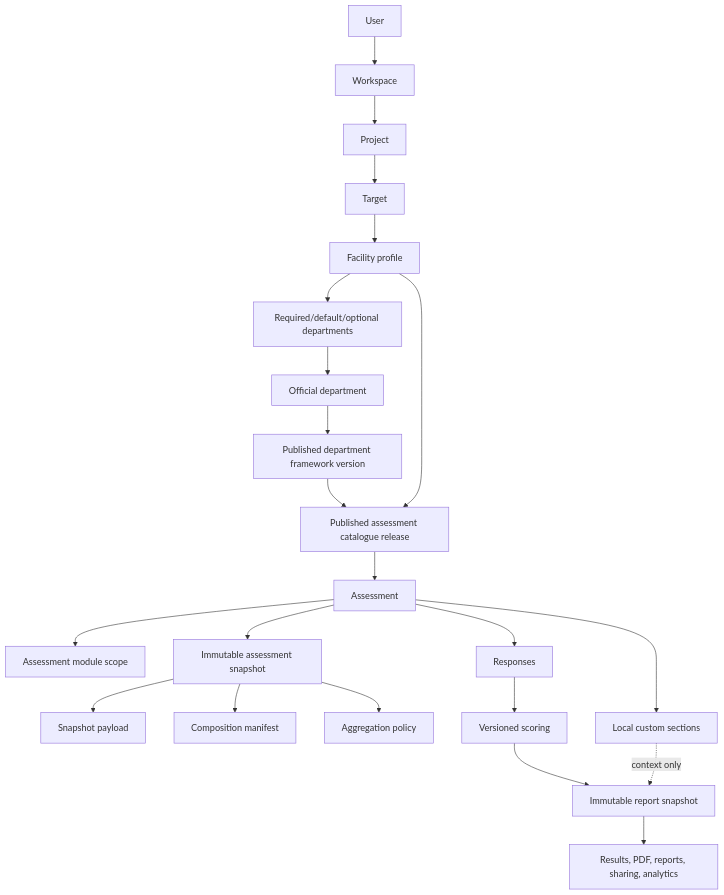
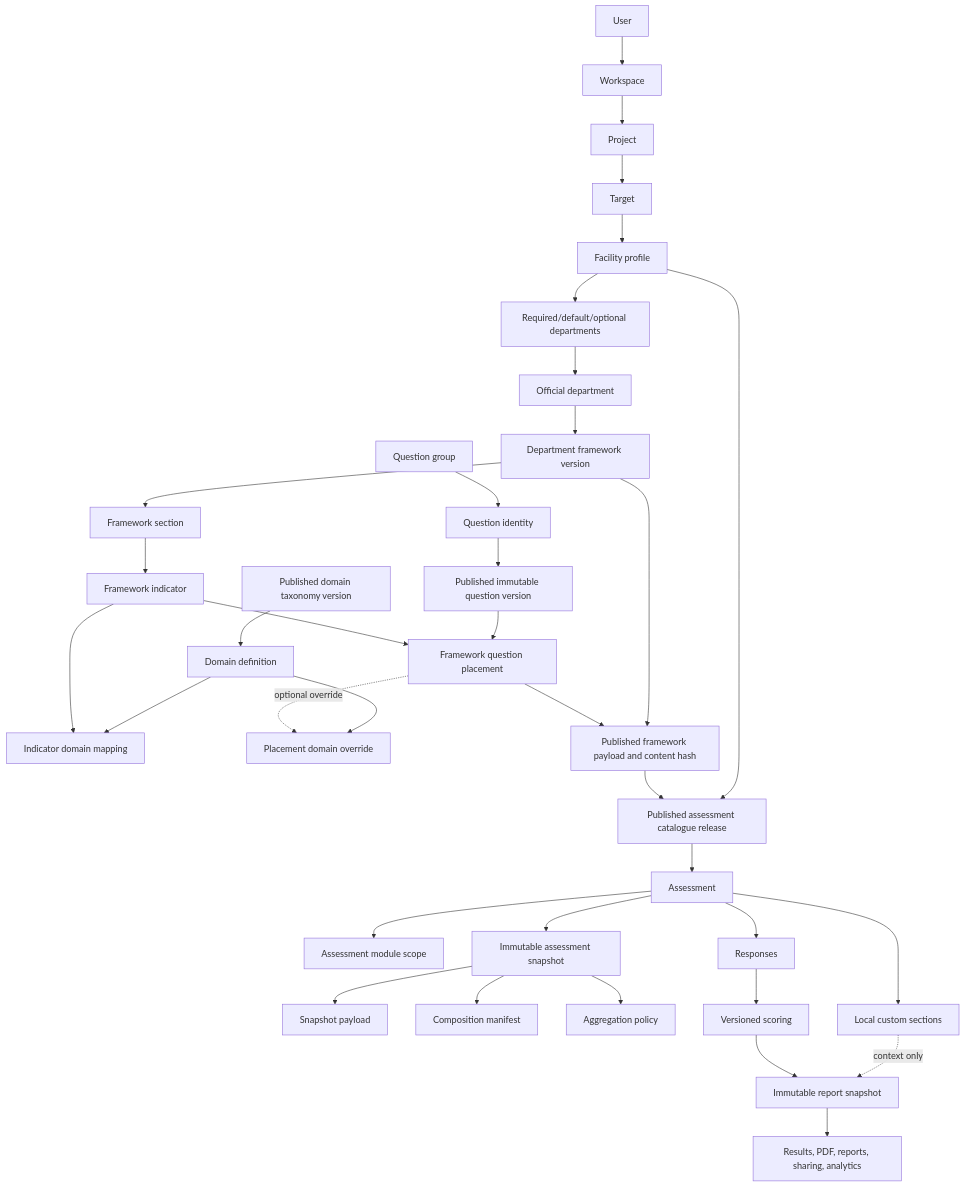
Before and after one commit to IsaacJootar/vytte: the diagram in docs/architecture/CURRENT_ARCHITECTURE.md, drawn with Mermaid. The commit also changed other lines of this file and 1 other file, not shown here.

````diff
--- a/docs/architecture/CURRENT_ARCHITECTURE.md
+++ b/docs/architecture/CURRENT_ARCHITECTURE.md
@@ -40,28 +40,43 @@
 ```mermaid
 flowchart TD
     U[User] --> W[Workspace]
     W --> P[Project]
     P --> T[Target]
     T --> FP[Facility profile]
 
-    AM[Official department] --> DFV[Published department framework version]
+    QG[Question group] --> QI[Question identity]
+    QI --> QV[Published immutable question version]
+    AM[Official department] --> DFV[Department framework version]
+    DFV --> SEC[Framework section]
+    SEC --> IND[Framework indicator]
+    IND --> PL[Framework question placement]
+    QV --> PL
+    IND --> DM[Indicator domain mapping]
+    PL -.optional override.-> DO[Placement domain override]
+    DTV[Published domain taxonomy version] --> DD[Domain definition]
+    DD --> DM
+    DD --> DO
+
+    PL --> PUB[Published framework payload and content hash]
+    DFV --> PUB
+
     FP --> FPD[Required/default/optional departments]
     FPD --> AM
 
-    DFV --> CR[Published assessment catalogue release]
+    PUB --> CR[Published assessment catalogue release]
     FP --> CR
     CR --> A[Assessment]
     A --> AMS[Assessment module scope]
     A --> ASN[Immutable assessment snapshot]
     ASN --> PAY[Snapshot payload]
     ASN --> MAN[Composition manifest]
     ASN --> AGG[Aggregation policy]
 
     A --> R[Responses]
     R --> SCORE[Versioned scoring]
     SCORE --> REP[Immutable report snapshot]
     REP --> OUT[Results, PDF, reports, sharing, analytics]
 
     A --> LCS[Local custom sections]
     LCS -.context only.-> REP
 ```
````
